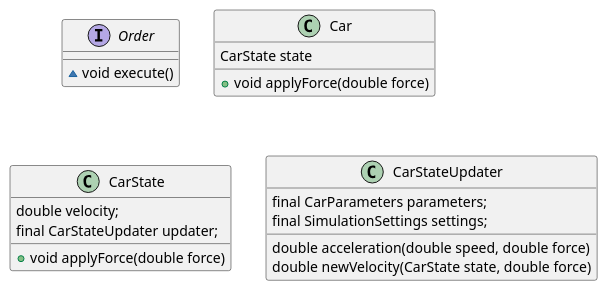
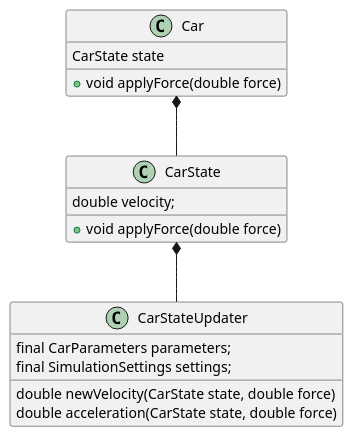
The diagram in out/production/java-fundamentals/hellgren/car_state_updating/diagrams/car.puml (JonasHellgren/JavaBasics), drawn with PlantUML before and after one commit. The commit also changed 88 other files, not shown here.

```diff
--- a/out/production/java-fundamentals/hellgren/car_state_updating/diagrams/car.puml
+++ b/out/production/java-fundamentals/hellgren/car_state_updating/diagrams/car.puml
@@ -1,29 +1,26 @@
 @startuml
-interface Order {
-~ void execute()
-}
-
 
 class Car {
 CarState state
 + void applyForce(double force)
 }
 
 class CarState {
 double velocity;
-final CarStateUpdater updater;
 
 + void applyForce(double force)
 }
 
 class CarStateUpdater {
 final CarParameters parameters;
 final SimulationSettings settings;
 
-double acceleration(double speed, double force)
 double newVelocity(CarState state, double force)
+double acceleration(CarState state, double force)
 
 }
 
+Car *-- CarState
+CarState *-- CarStateUpdater
 
 @enduml
```
